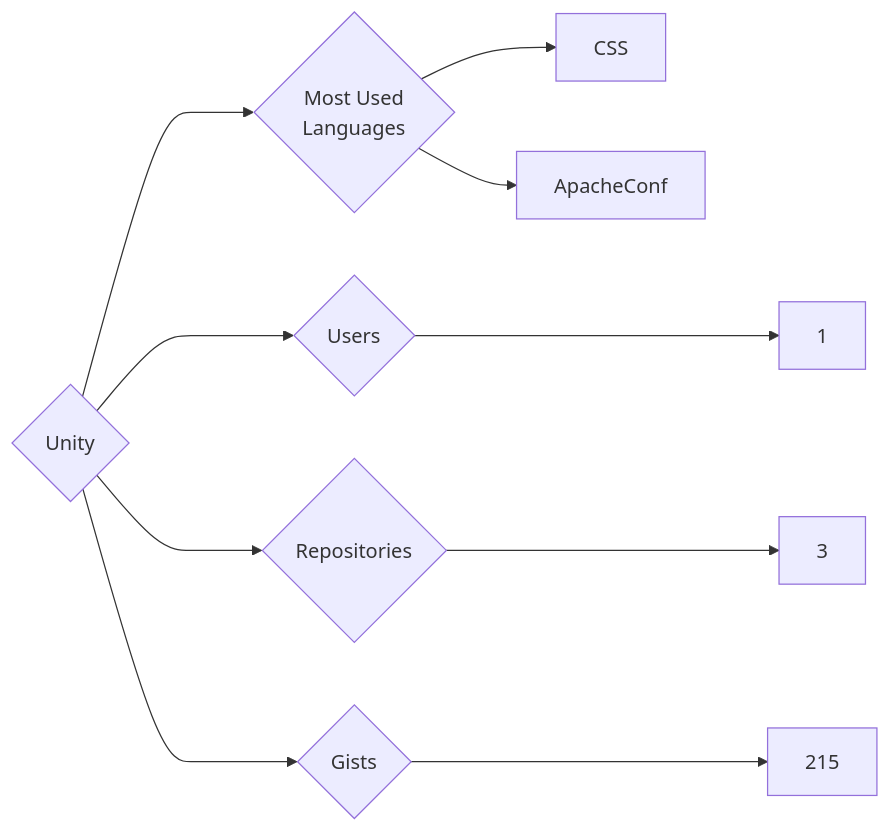
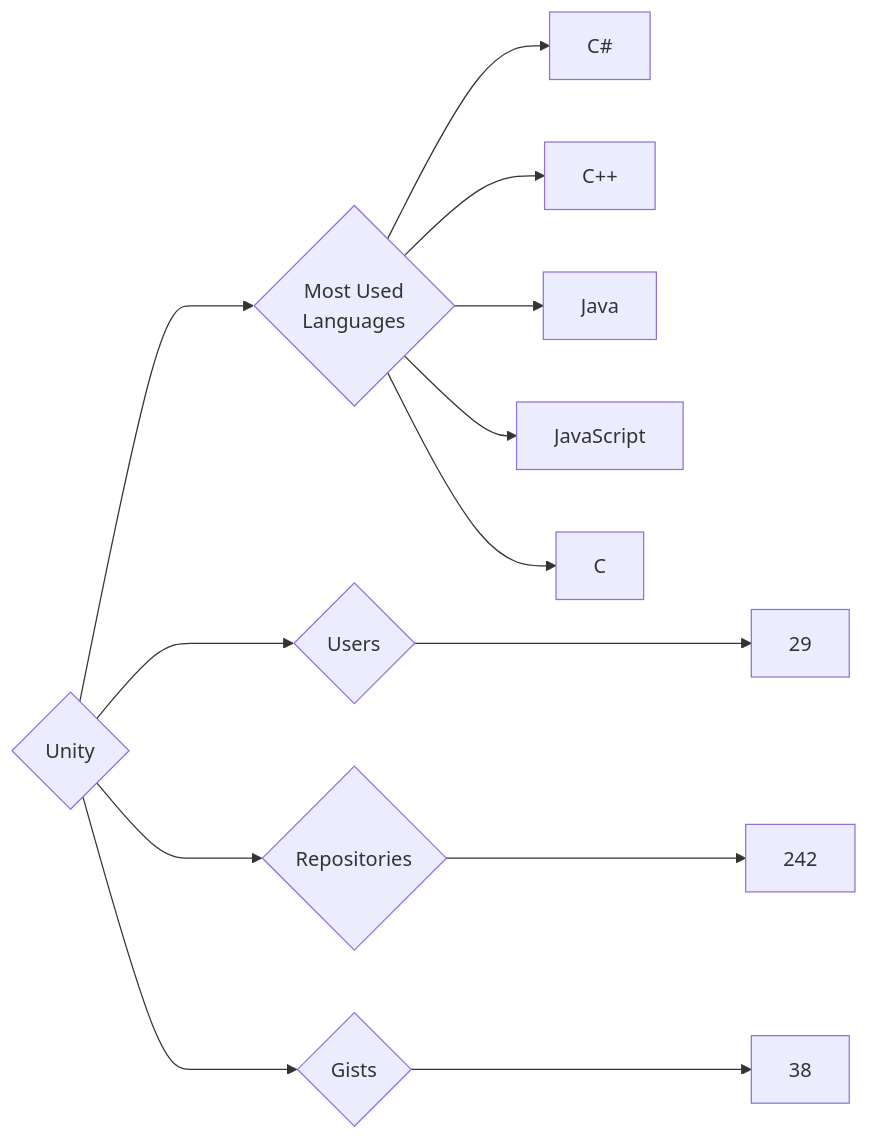
One commit to trickest/insiders changed the diagram in targets/Unity/README.md. Above: the diagram before and after it, drawn with Mermaid. The commit also changed 833 other files, not shown here.

````diff
--- a/targets/Unity/README.md
+++ b/targets/Unity/README.md
@@ -3,10 +3,13 @@
 ```mermaid
 graph LR
 COMPANY_NAME{Unity}
-COMPANY_NAME ---> U{Users} ---> UN[1]
-COMPANY_NAME ---> R{Repositories} ---> RN[3]
-COMPANY_NAME ---> G{Gists} ---> GN[215]
+COMPANY_NAME ---> U{Users} ---> UN[29]
+COMPANY_NAME ---> R{Repositories} ---> RN[242]
+COMPANY_NAME ---> G{Gists} ---> GN[38]
 COMPANY_NAME ---> ML{Most Used<br>Languages}
-ML --> CSS[CSS]
-ML --> ApacheConf[ApacheConf]
+ML --> C#[C#]
+ML --> C++[C++]
+ML --> Java[Java]
+ML --> JavaScript[JavaScript]
+ML --> C[C]
 ```
````
